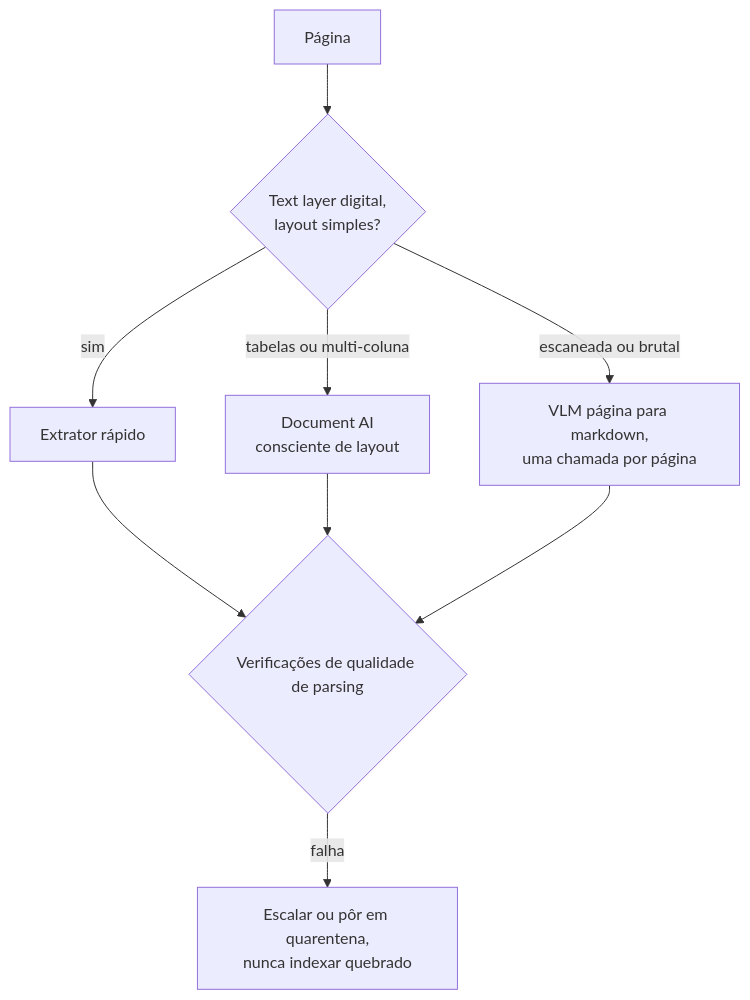
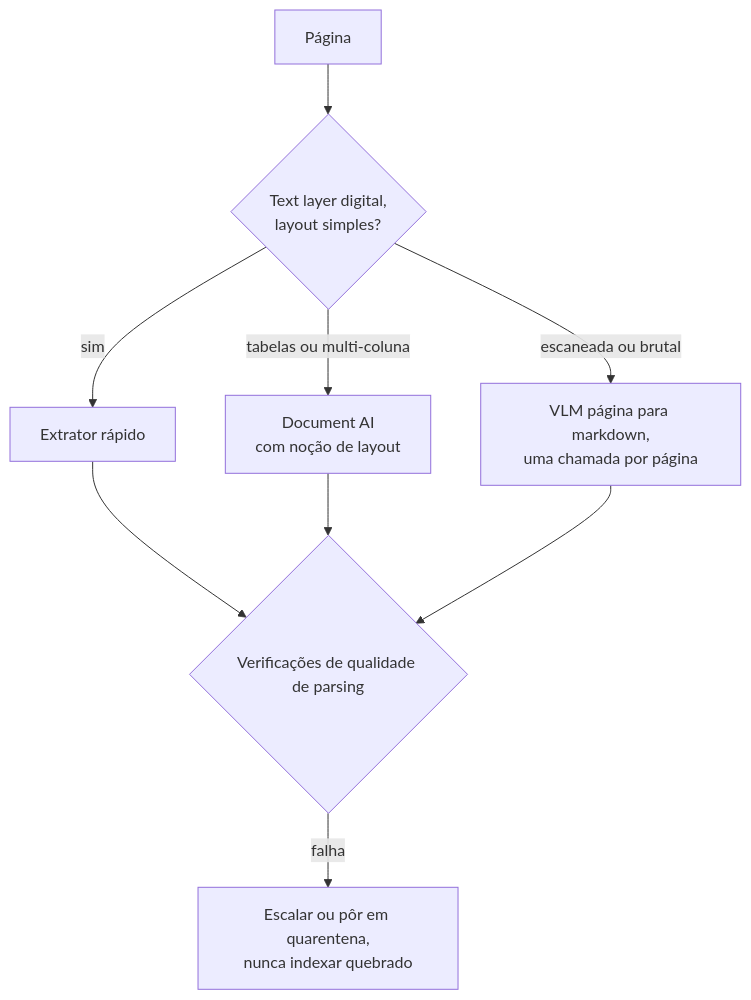
One commit to andrevberaldo/AI-Engineer-Interview-Questions changed the eighth of 30 diagrams in 04-rag-and-retrieval/questions.pt-BR.md. Above: the diagram before and after it, drawn with Mermaid. The commit also changed other lines of this file and 1 other file, not shown here.

````diff
--- a/04-rag-and-retrieval/questions.pt-BR.md
+++ b/04-rag-and-retrieval/questions.pt-BR.md
@@ -395,11 +395,11 @@
 ```mermaid
 flowchart TD
     P["Página"] --> C{"Text layer digital,<br/>layout simples?"}
     C -->|"sim"| F["Extrator rápido"]
-    C -->|"tabelas ou multi-coluna"| M["Document AI<br/>consciente de layout"]
+    C -->|"tabelas ou multi-coluna"| M["Document AI<br/>com noção de layout"]
     C -->|"escaneada ou brutal"| V["VLM página para markdown,<br/>uma chamada por página"]
     F --> Q{"Verificações de qualidade de parsing"}
     M --> Q
     V --> Q
     Q -->|"falha"| R["Escalar ou pôr em quarentena,<br/>nunca indexar quebrado"]
 ```
````
